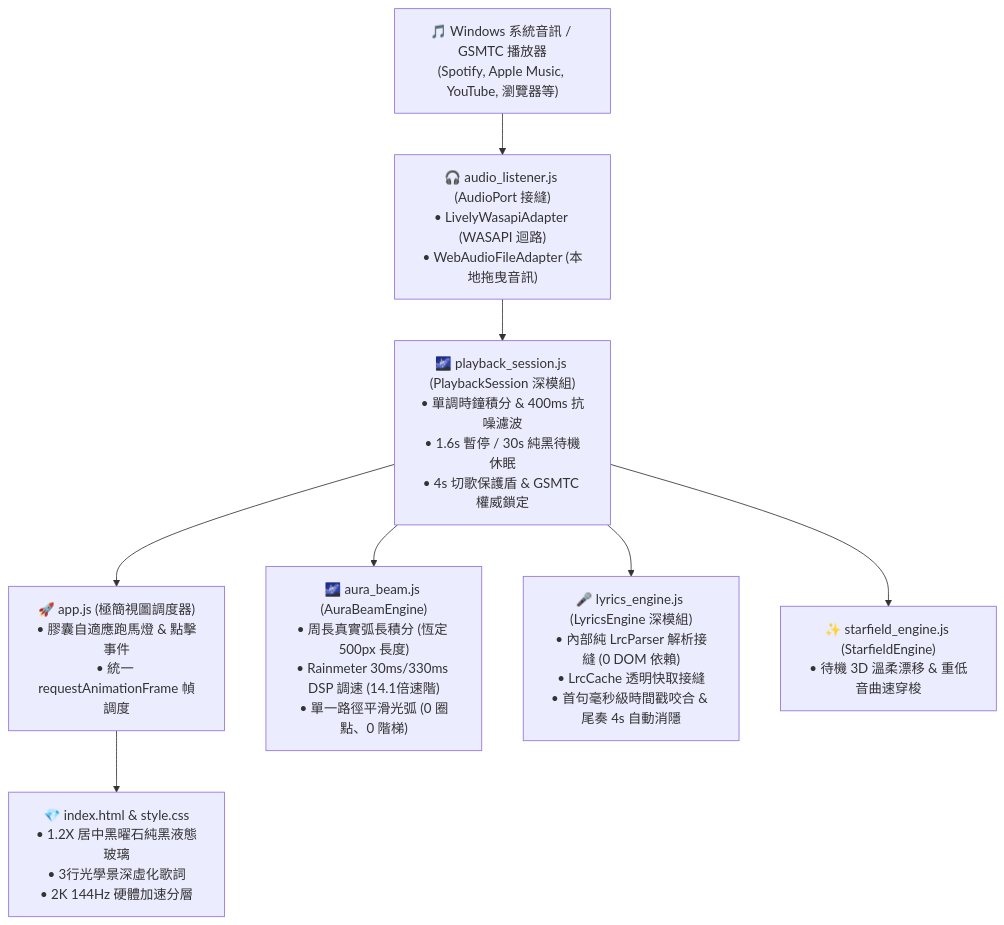
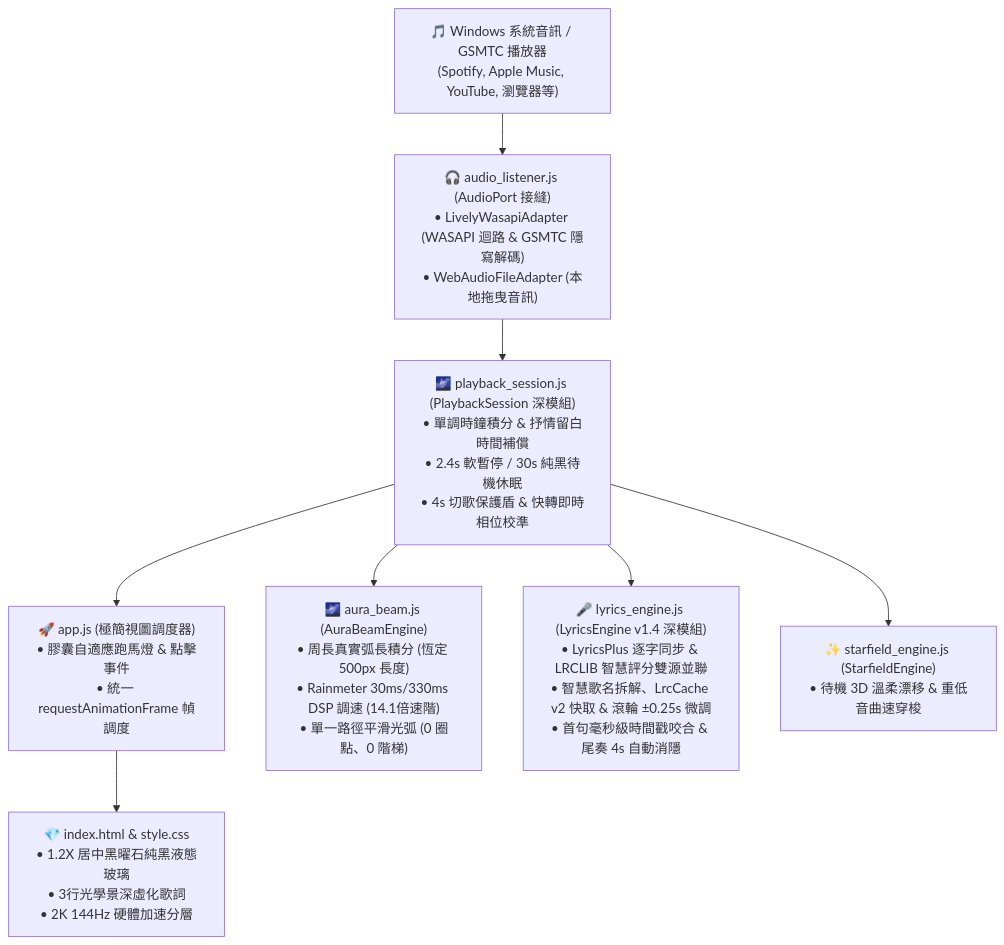
Before and after one commit to bryanhuang0511/Lively-AOD-Music-Hub: the diagram in ARCHITECTURE_AND_MAINTENANCE_GUIDE.md, drawn with Mermaid. The commit also changed other lines of this file and 11 other files, not shown here.

Commit message:
feat(pc): release v1.4.0 - LyricsPlus syllable sync engine, smart track scorer & GSMTC fast-forward tunnel

````diff
--- a/ARCHITECTURE_AND_MAINTENANCE_GUIDE.md
+++ b/ARCHITECTURE_AND_MAINTENANCE_GUIDE.md
@@ -14,10 +14,10 @@
 ```mermaid
 graph TD
-  A["🎵 Windows 系統音訊 / GSMTC 播放器<br/>(Spotify, Apple Music, YouTube, 瀏覽器等)"] --> B["🎧 audio_listener.js (AudioPort 接縫)<br/>• LivelyWasapiAdapter (WASAPI 迴路)<br/>• WebAudioFileAdapter (本地拖曳音訊)"]
-  B --> PS["🌌 playback_session.js (PlaybackSession 深模組)<br/>• 單調時鐘積分 & 400ms 抗噪濾波<br/>• 1.6s 暫停 / 30s 純黑待機休眠<br/>• 4s 切歌保護盾 & GSMTC 權威鎖定"]
+  A["🎵 Windows 系統音訊 / GSMTC 播放器<br/>(Spotify, Apple Music, YouTube, 瀏覽器等)"] --> B["🎧 audio_listener.js (AudioPort 接縫)<br/>• LivelyWasapiAdapter (WASAPI 迴路 & GSMTC 隱寫解碼)<br/>• WebAudioFileAdapter (本地拖曳音訊)"]
+  B --> PS["🌌 playback_session.js (PlaybackSession 深模組)<br/>• 單調時鐘積分 & 抒情留白時間補償<br/>• 2.4s 軟暫停 / 30s 純黑待機休眠<br/>• 4s 切歌保護盾 & 快轉即時相位校準"]
   PS --> C["🚀 app.js (極簡視圖調度器)<br/>• 膠囊自適應跑馬燈 & 點擊事件<br/>• 統一 requestAnimationFrame 幀調度"]
   PS --> D["🌌 aura_beam.js (AuraBeamEngine)<br/>• 周長真實弧長積分 (恆定 500px 長度)<br/>• Rainmeter 30ms/330ms DSP 調速 (14.1倍速階)<br/>• 單一路徑平滑光弧 (0 圈點、0 階梯)"]
-  PS --> E["🎤 lyrics_engine.js (LyricsEngine 深模組)<br/>• 內部純 LrcParser 解析接縫 (0 DOM 依賴)<br/>• LrcCache 透明快取接縫<br/>• 首句毫秒級時間戳咬合 & 尾奏 4s 自動消隱"]
+  PS --> E["🎤 lyrics_engine.js (LyricsEngine v1.4 深模組)<br/>• LyricsPlus 逐字同步 & LRCLIB 智慧評分雙源並聯<br/>• 智慧歌名拆解、LrcCache v2 快取 & 滾輪 ±0.25s 微調<br/>• 首句毫秒級時間戳咬合 & 尾奏 4s 自動消隱"]
   PS --> S["✨ starfield_engine.js (StarfieldEngine)<br/>• 待機 3D 溫柔漂移 & 重低音曲速穿梭"]
   C --> F["💎 index.html & style.css<br/>• 1.2X 居中黑曜石純黑液態玻璃<br/>• 3行光學景深虛化歌詞<br/>• 2K 144Hz 硬體加速分層"]
 ```
````
